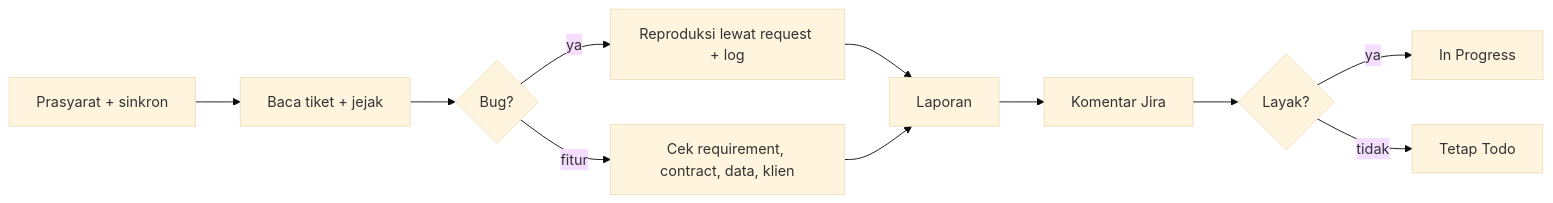
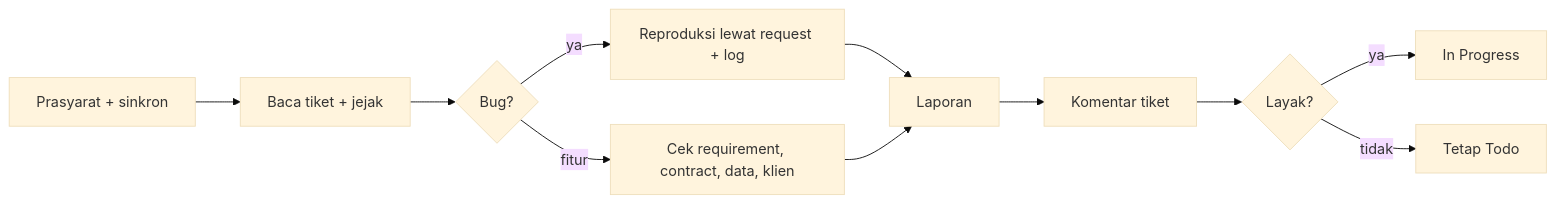
One commit to roiskhoiron/Backend-Agent-Workflow changed the diagram in skills/validate-tiket/SKILL.md. Above: the diagram before and after it, drawn with Mermaid (base theme). The commit also changed other lines of this file and 41 other files, not shown here.

First line of the commit message:
feat: platform tiket umum (GitHub Projects, GitLab board, Jira), default none

````diff
--- a/skills/validate-tiket/SKILL.md
+++ b/skills/validate-tiket/SKILL.md
@@ -14,9 +14,9 @@
 ```mermaid
 flowchart LR
   P[Prasyarat + sinkron] --> B[Baca tiket + jejak] --> J{Bug?}
   J -- ya --> R[Reproduksi lewat request + log] --> L[Laporan]
   J -- fitur --> C[Cek requirement, contract, data, klien] --> L
-  L --> K[Komentar Jira] --> G{Layak?}
+  L --> K[Komentar tiket] --> G{Layak?}
   G -- ya --> I[In Progress]
   G -- tidak --> T[Tetap Todo]
 ```
````
